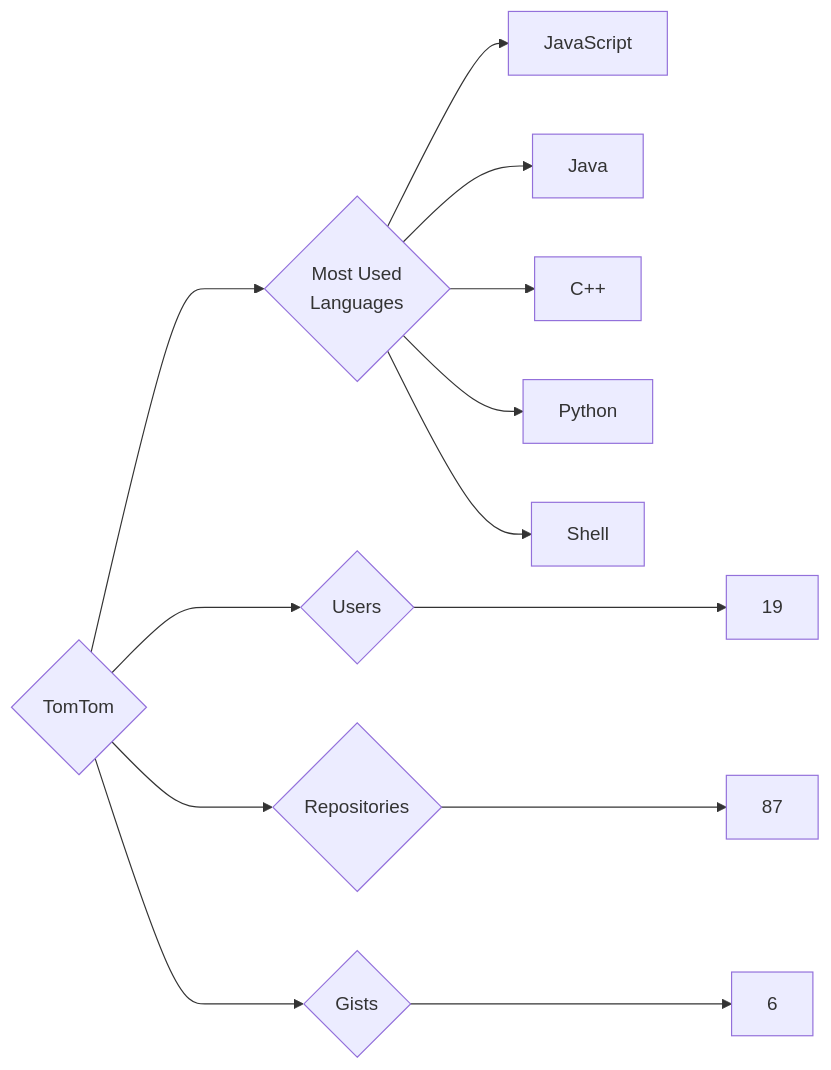
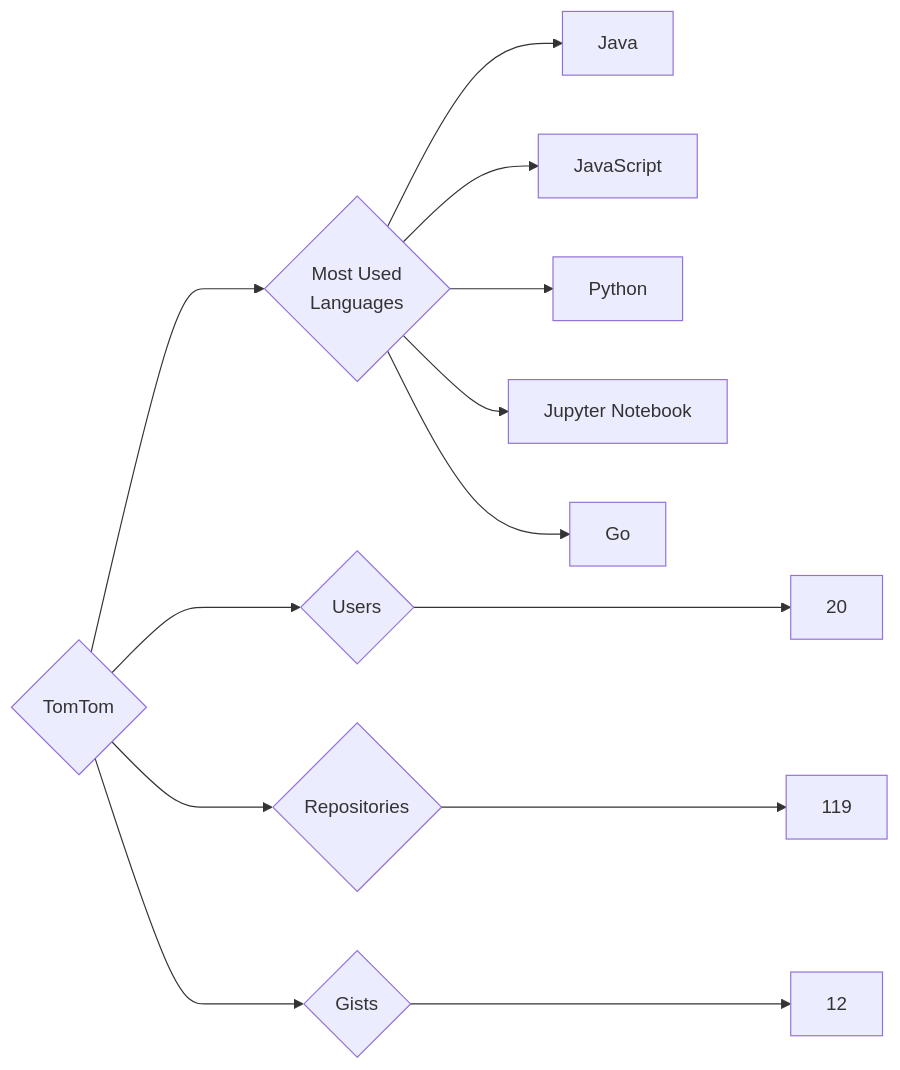
One commit to trickest/insiders changed the diagram in targets/TomTom/README.md. Above: the diagram before and after it, drawn with Mermaid. The commit also changed 1011 other files, not shown here.

````diff
--- a/targets/TomTom/README.md
+++ b/targets/TomTom/README.md
@@ -3,13 +3,13 @@
 ```mermaid
 graph LR
 COMPANY_NAME{TomTom}
-COMPANY_NAME ---> U{Users} ---> UN[19]
-COMPANY_NAME ---> R{Repositories} ---> RN[87]
-COMPANY_NAME ---> G{Gists} ---> GN[6]
+COMPANY_NAME ---> U{Users} ---> UN[20]
+COMPANY_NAME ---> R{Repositories} ---> RN[119]
+COMPANY_NAME ---> G{Gists} ---> GN[12]
 COMPANY_NAME ---> ML{Most Used<br>Languages}
+ML --> Java[Java]
 ML --> JavaScript[JavaScript]
-ML --> Java[Java]
-ML --> C++[C++]
 ML --> Python[Python]
-ML --> Shell[Shell]
+ML --> Jupyter_Notebook[Jupyter Notebook]
+ML --> Go[Go]
 ```
````
